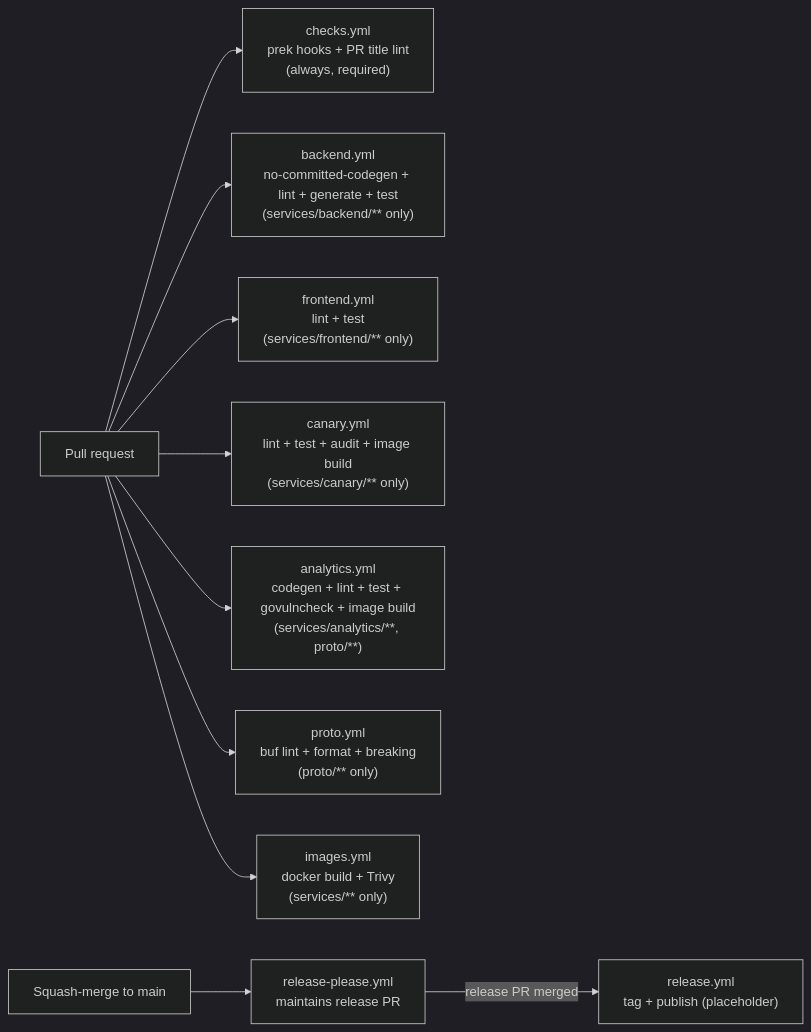
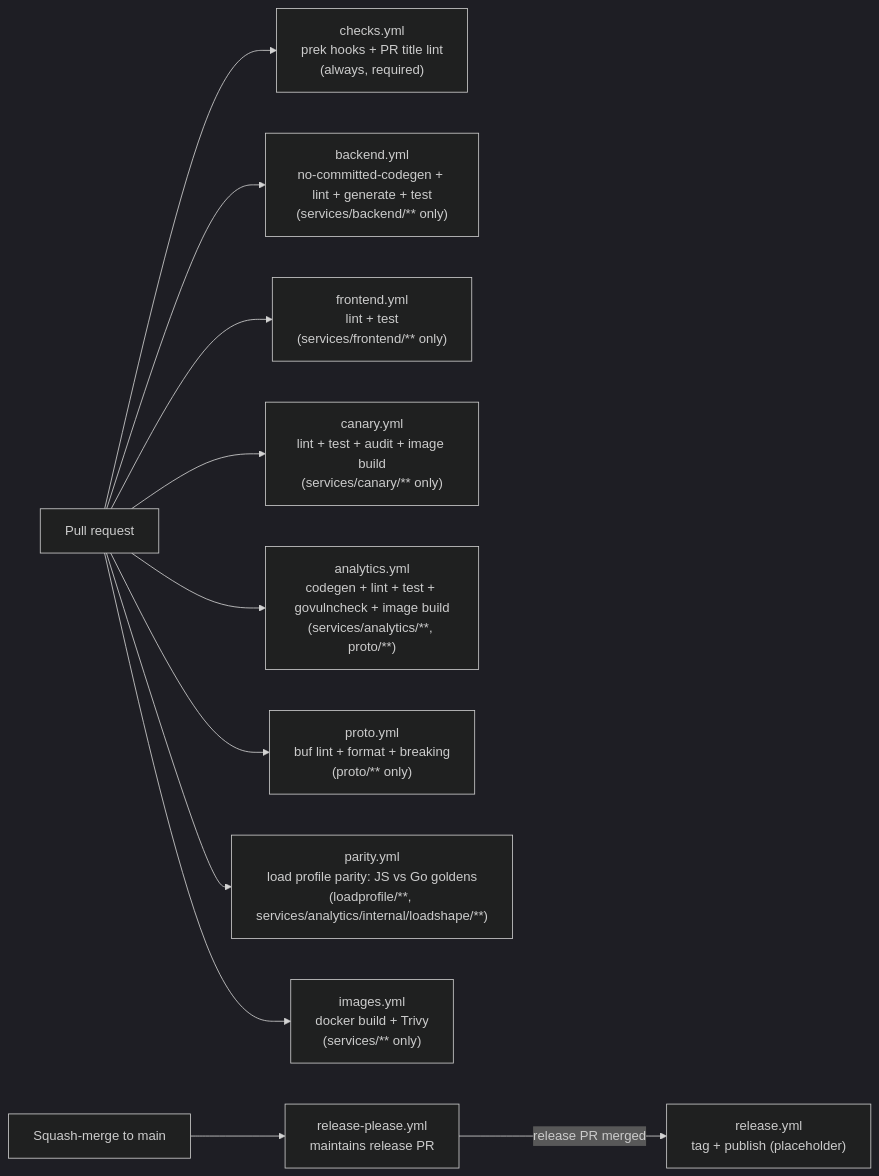
The diagram in docs/ci.md (vovinacci/devops-demo), drawn with Mermaid (dark theme) before and after one commit. The commit also changed other lines of this file and 14 other files, not shown here.

First line of the commit message:
feat(loadprofile): shared load-shape contract with parity gate (#168)

````diff
--- a/docs/ci.md
+++ b/docs/ci.md
@@ -12,12 +12,13 @@
 ```mermaid
 flowchart LR
     pr[Pull request] --> checks["checks.yml<br/>prek hooks + PR title lint<br/>(always, required)"]
     pr --> be["backend.yml<br/>no-committed-codegen + lint + generate + test<br/>(services/backend/** only)"]
     pr --> fe["frontend.yml<br/>lint + test<br/>(services/frontend/** only)"]
     pr --> ca["canary.yml<br/>lint + test + audit + image build<br/>(services/canary/** only)"]
     pr --> an["analytics.yml<br/>codegen + lint + test + govulncheck + image build<br/>(services/analytics/**, proto/**)"]
     pr --> proto["proto.yml<br/>buf lint + format + breaking<br/>(proto/** only)"]
+    pr --> par["parity.yml<br/>load profile parity: JS vs Go goldens<br/>(loadprofile/**, services/analytics/internal/loadshape/**)"]
     pr --> img["images.yml<br/>docker build + Trivy<br/>(services/** only)"]
     merge[Squash-merge to main] --> rp["release-please.yml<br/>maintains release PR"]
     rp -->|release PR merged| rel["release.yml<br/>tag + publish (placeholder)"]
 ```
````
